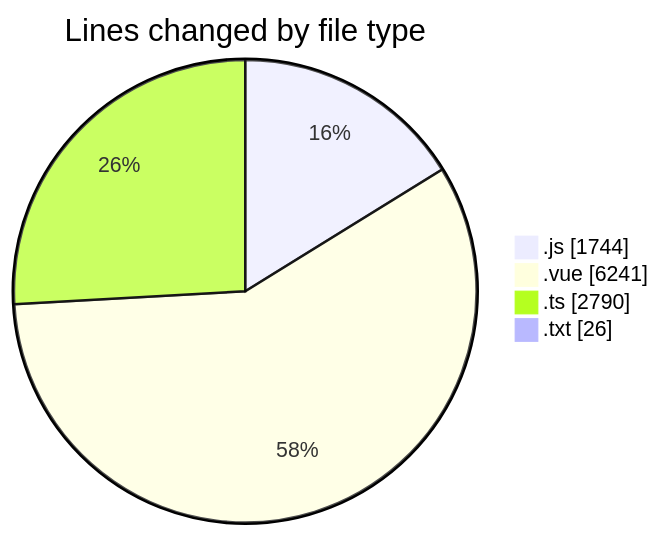
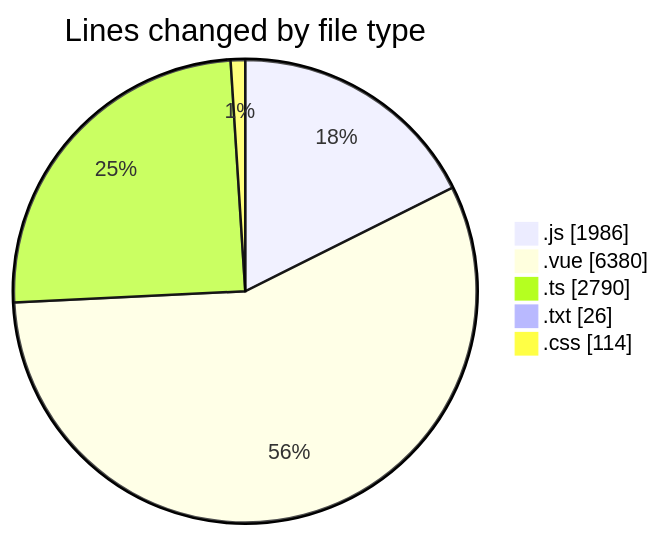
Before and after one commit to lephambinh05/code-tracking: the first of 2 diagrams in 2025-08-17/rentotp/README.md, drawn with Mermaid. The commit also changed other lines of this file and 1 other file, not shown here.

````diff
--- a/2025-08-17/rentotp/README.md
+++ b/2025-08-17/rentotp/README.md
@@ -51,8 +54,9 @@
 ```mermaid
 pie showData
 title Lines changed by file type
-".js" : 1744
-".vue" : 6241
+".js" : 1986
+".vue" : 6380
 ".ts" : 2790
 ".txt" : 26
+".css" : 114
 ```
````
